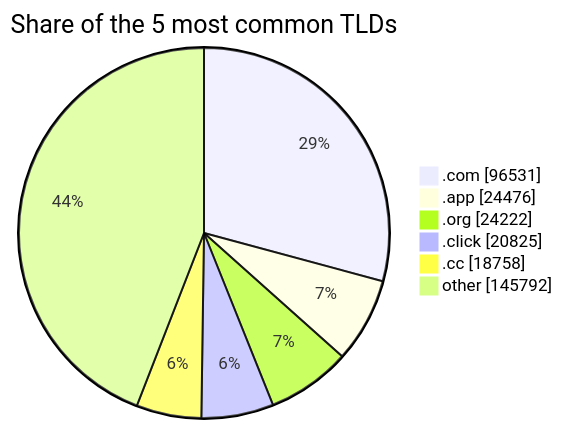
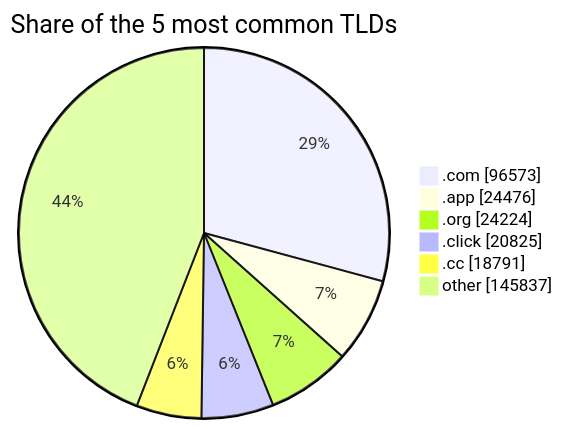
The third of 3 diagrams in README.md (DNSBunker/CTI), drawn with Mermaid before and after one commit. The commit also changed other lines of this file and 4 other files, not shown here.

````diff
--- a/README.md
+++ b/README.md
@@ -81,9 +81,9 @@
 ```mermaid
 pie showData title Share of the 5 most common TLDs
-    ".com" : 96531
+    ".com" : 96573
     ".app" : 24476
-    ".org" : 24222
+    ".org" : 24224
     ".click" : 20825
-    ".cc" : 18758
-    "other" : 145792
+    ".cc" : 18791
+    "other" : 145837
 ```
````
